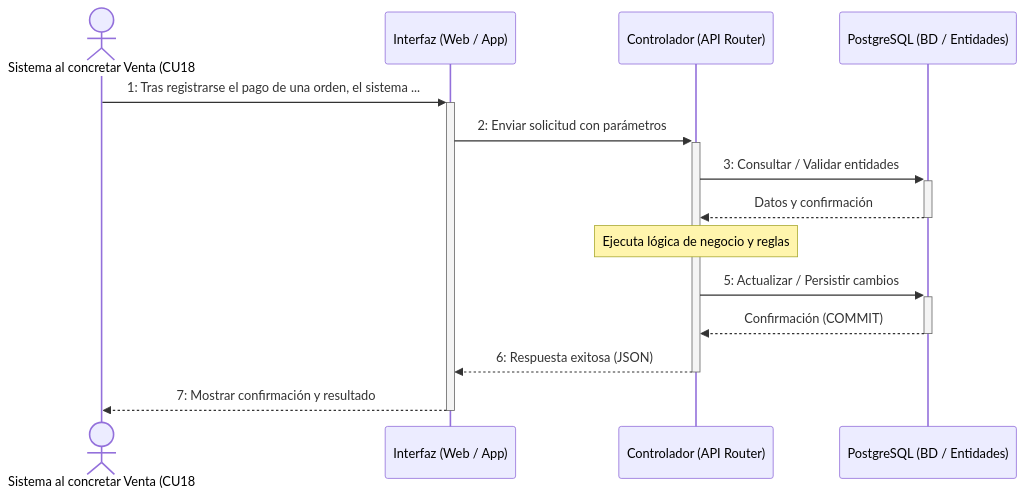
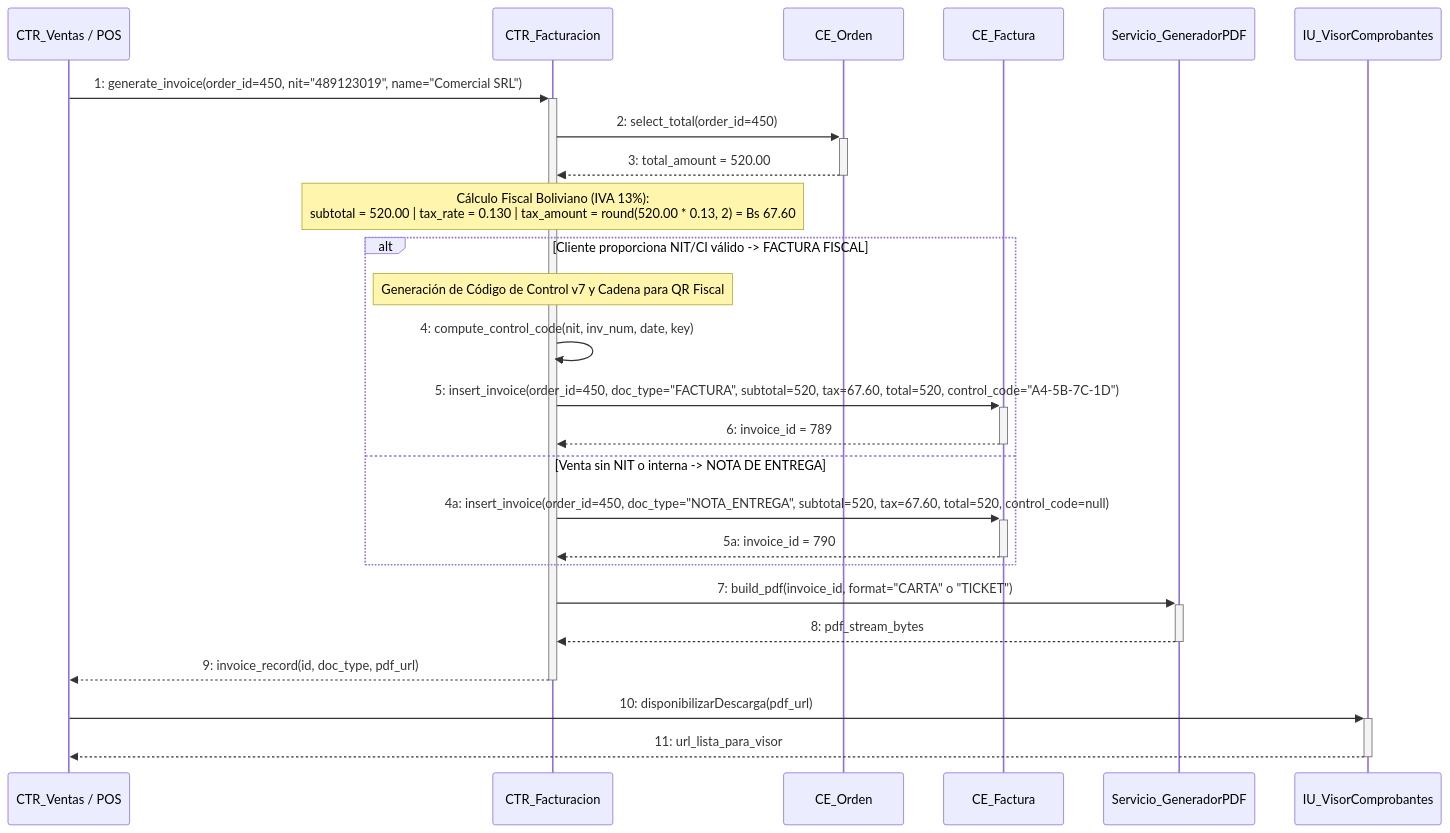
One commit to jc-larry/ecommerce changed diagram 19 of 38 in documentos/DOCUMENTACION_40_CASOS_DE_USO_DIAGRAMAS_SECUENCIA.md. Above: the diagram before and after it, drawn with Mermaid. The commit also changed other lines of this file and 148 other files, not shown here.

````diff
--- a/documentos/DOCUMENTACION_40_CASOS_DE_USO_DIAGRAMAS_SECUENCIA.md
+++ b/documentos/DOCUMENTACION_40_CASOS_DE_USO_DIAGRAMAS_SECUENCIA.md
@@ -1016,16 +1170,28 @@
 ```mermaid
 sequenceDiagram
-    actor U as Sistema al concretar Venta (CU18
-    participant IU as Interfaz (Web / App)
-    participant CTR as Controlador (API Router)
-    participant DB as PostgreSQL (BD / Entidades)
-    U->>+IU: 1: Tras registrarse el pago de una orden, el sistema ...
-    IU->>+CTR: 2: Enviar solicitud con parámetros
-    CTR->>+DB: 3: Consultar / Validar entidades
-    DB-->>-CTR: Datos y confirmación
-    Note over CTR: Ejecuta lógica de negocio y reglas
-    CTR->>+DB: 5: Actualizar / Persistir cambios
-    DB-->>-CTR: Confirmación (COMMIT)
-    CTR-->>-IU: 6: Respuesta exitosa (JSON)
-    IU-->>-U: 7: Mostrar confirmación y resultado
+    participant POS as CTR_Ventas / POS
+    participant CTR as CTR_Facturacion
+    participant CE_O as CE_Orden
+    participant CE_F as CE_Factura
+    participant PDF as Servicio_GeneradorPDF
+    participant IU as IU_VisorComprobantes
+
+    POS->>+CTR: 1: generate_invoice(order_id=450, nit="489123019", name="Comercial SRL")
+    CTR->>+CE_O: 2: select_total(order_id=450)
+    CE_O-->>-CTR: 3: total_amount = 520.00
+    Note over CTR: Cálculo Fiscal Boliviano (IVA 13%):<br/>subtotal = 520.00 | tax_rate = 0.130 | tax_amount = round(520.00 * 0.13, 2) = Bs 67.60
+    alt Cliente proporciona NIT/CI válido -> FACTURA FISCAL
+        Note over CTR: Generación de Código de Control v7 y Cadena para QR Fiscal
+        CTR->>CTR: 4: compute_control_code(nit, inv_num, date, key)
+        CTR->>+CE_F: 5: insert_invoice(order_id=450, doc_type="FACTURA", subtotal=520, tax=67.60, total=520, control_code="A4-5B-7C-1D")
+        CE_F-->>-CTR: 6: invoice_id = 789
+    else Venta sin NIT o interna -> NOTA DE ENTREGA
+        CTR->>+CE_F: 4a: insert_invoice(order_id=450, doc_type="NOTA_ENTREGA", subtotal=520, tax=67.60, total=520, control_code=null)
+        CE_F-->>-CTR: 5a: invoice_id = 790
+    end
+    CTR->>+PDF: 7: build_pdf(invoice_id, format="CARTA" o "TICKET")
+    PDF-->>-CTR: 8: pdf_stream_bytes
+    CTR-->>-POS: 9: invoice_record(id, doc_type, pdf_url)
+    POS->>+IU: 10: disponibilizarDescarga(pdf_url)
+    IU-->>-POS: 11: url_lista_para_visor
 ```
````
